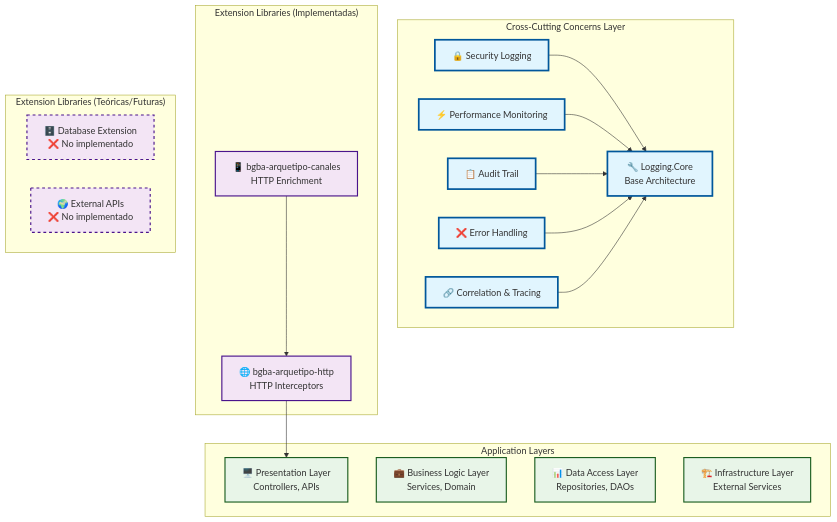
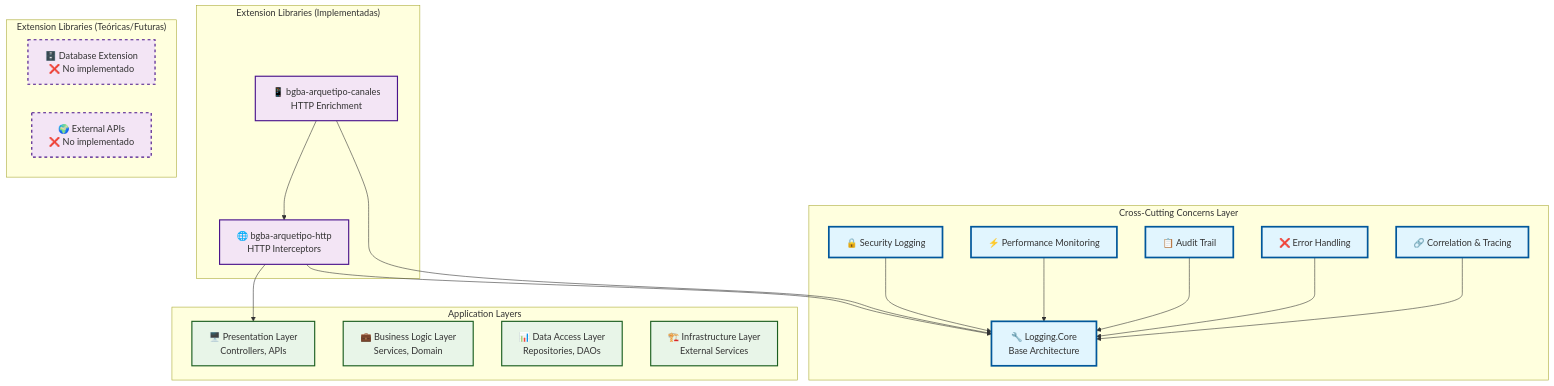
One commit to ercilli/Poc-Arquetipo changed the sixth of 9 diagrams in docs/ARCHITECTURE.md. Above: the diagram before and after it, drawn with Mermaid.

Commit message:
fix: Correct extension integrations and update application layer connections in architecture diagram

````diff
--- a/docs/ARCHITECTURE.md
+++ b/docs/ARCHITECTURE.md
@@ -331,51 +331,55 @@
 ```mermaid
 graph TB
     subgraph "Cross-Cutting Concerns Layer"
         LoggingCore["🔧 Logging.Core<br/>Base Architecture"]
         Security["🔒 Security Logging"]
         Performance["⚡ Performance Monitoring"]
         Audit["📋 Audit Trail"]
         ErrorHandling["❌ Error Handling"]
         Correlation["🔗 Correlation & Tracing"]
     end
 
     subgraph "Extension Libraries (Implementadas)"
         HttpLogging["🌐 bgba-arquetipo-http<br/>HTTP Interceptors"]
         CanalLogging["📱 bgba-arquetipo-canales<br/>HTTP Enrichment"]
     end
 
     subgraph "Extension Libraries (Teóricas/Futuras)"
         DatabaseLogging["🗄️ Database Extension<br/>❌ No implementado"]
         ExternalLogging["🌍 External APIs<br/>❌ No implementado"]
     end
 
     subgraph "Application Layers"
         PresentationLayer["🖥️ Presentation Layer<br/>Controllers, APIs"]
         BusinessLayer["💼 Business Logic Layer<br/>Services, Domain"]
         DataLayer["📊 Data Access Layer<br/>Repositories, DAOs"]
         InfrastructureLayer["🏗️ Infrastructure Layer<br/>External Services"]
     end
 
     %% Core integrations
     Security --> LoggingCore
     Performance --> LoggingCore
     Audit --> LoggingCore
     ErrorHandling --> LoggingCore
     Correlation --> LoggingCore
 
-    %% Extension integrations (solo las implementadas)
+    %% Extension integrations (corrigiendo dependencias reales)
+    HttpLogging --> LoggingCore
+    CanalLogging --> LoggingCore
+    CanalLogging --> HttpLogging
+    
+    %% Application layer connections
     HttpLogging --> PresentationLayer
-    CanalLogging --> HttpLogging
 
     classDef coreClass fill:#e1f5fe,stroke:#01579b,stroke-width:3px
     classDef extensionClass fill:#f3e5f5,stroke:#4a148c,stroke-width:2px
     classDef theoreticalClass fill:#f5f5f5,stroke:#9e9e9e,stroke-width:1px,stroke-dasharray: 5 5
 
     class HttpLogging,CanalLogging extensionClass
     class DatabaseLogging,ExternalLogging theoreticalClass
     classDef layerClass fill:#e8f5e8,stroke:#1b5e20,stroke-width:2px
 
     class LoggingCore,Security,Performance,Audit,ErrorHandling,Correlation coreClass
     class HttpLogging,CanalLogging,DatabaseLogging,ExternalLogging extensionClass
     class PresentationLayer,BusinessLayer,DataLayer,InfrastructureLayer layerClass
 ```
````
